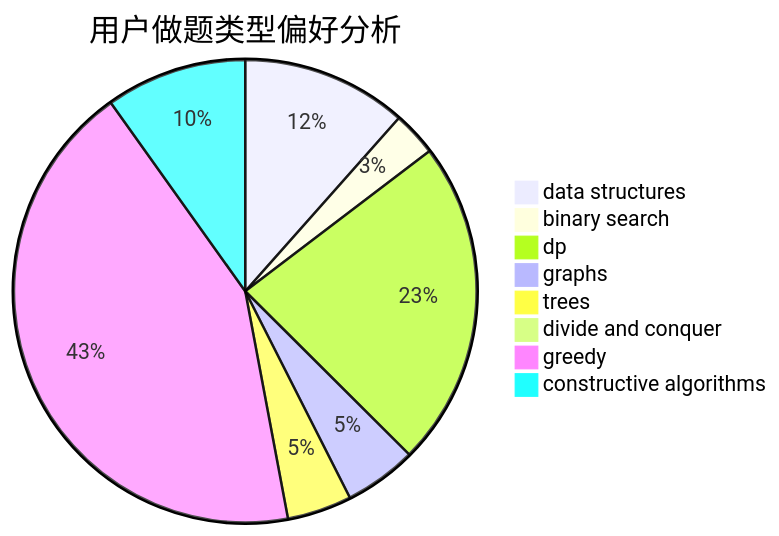
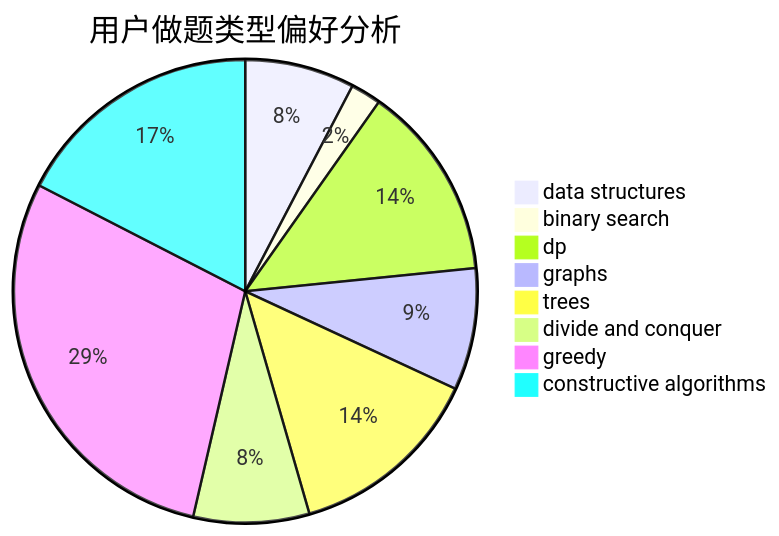
One commit to sherpahu/cfrs.github.io changed the second of 3 diagrams in docs/user/u2214.md. Above: the diagram before and after it, drawn with Mermaid. The commit also changed other lines of this file and 2770 other files, not shown here.

````diff
--- a/docs/user/u2214.md
+++ b/docs/user/u2214.md
@@ -23,11 +23,11 @@
 ```mermaid
 pie title 用户做题类型偏好分析
-    "data structures" :  41
-    "binary search" :  11
-    "dp" :  81
-    "graphs" :  18
-    "trees" :  16
-    "divide and conquer" :  0
-    "greedy" :  153
-    "constructive algorithms" :  35
+    "data structures" :  18
+    "binary search" :  5
+    "dp" :  32
+    "graphs" :  20
+    "trees" :  32
+    "divide and conquer" :  19
+    "greedy" :  68
+    "constructive algorithms" :  41
 ```
````
